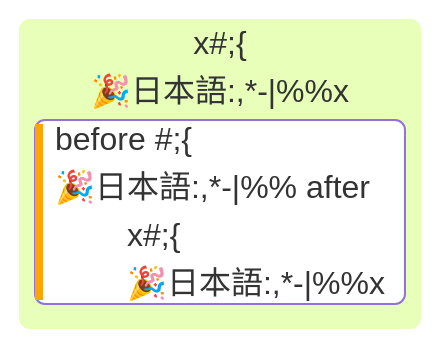
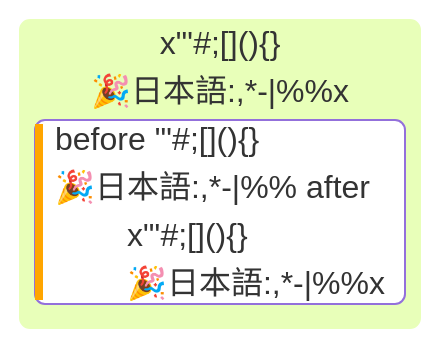
One commit to nao1215/markdown changed the diagram in doc/edgecase/kanban.md. Above: the diagram before and after it, drawn with Mermaid. The commit also changed 4 other files, not shown here.

First line of the commit message:
fix(mermaid): encode a kanban card label instead of rejecting it (#167)

````diff
--- a/doc/edgecase/kanban.md
+++ b/doc/edgecase/kanban.md
@@ -5,8 +5,8 @@
 ```mermaid
 ---
-title: "title #;{🎉日本語:,*-|%%"
+title: "title \"'#;[](){}🎉日本語:,*-|%%"
 ---
 kanban
-    todo[x#;{<br/>🎉日本語:,*-|%%x]
-        [before #;{<br/>🎉日本語:,*-|%% after]@{ assigned: 'x#;{<br/>🎉日本語:,*-|%%x', priority: 'High' }
+    todo[x"'#;[#93;#40;#41;{#125;<br/>🎉日本語:,*-|%%x]
+        [before "'#;[#93;#40;#41;{#125;<br/>🎉日本語:,*-|%% after]@{ assigned: 'x#quot;''#;[](){#125;<br/>🎉日本語:,*-|%%x', priority: 'High' }
 ```
````
